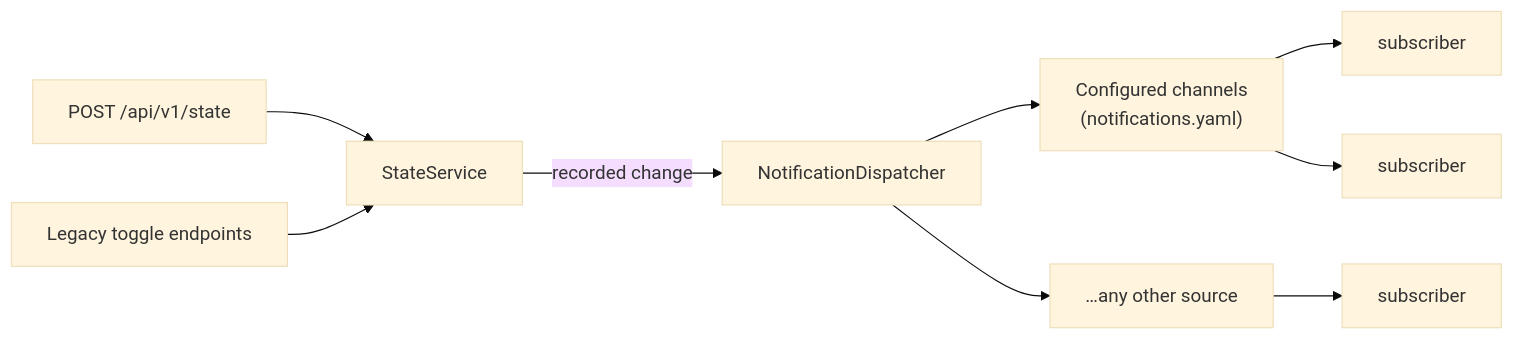
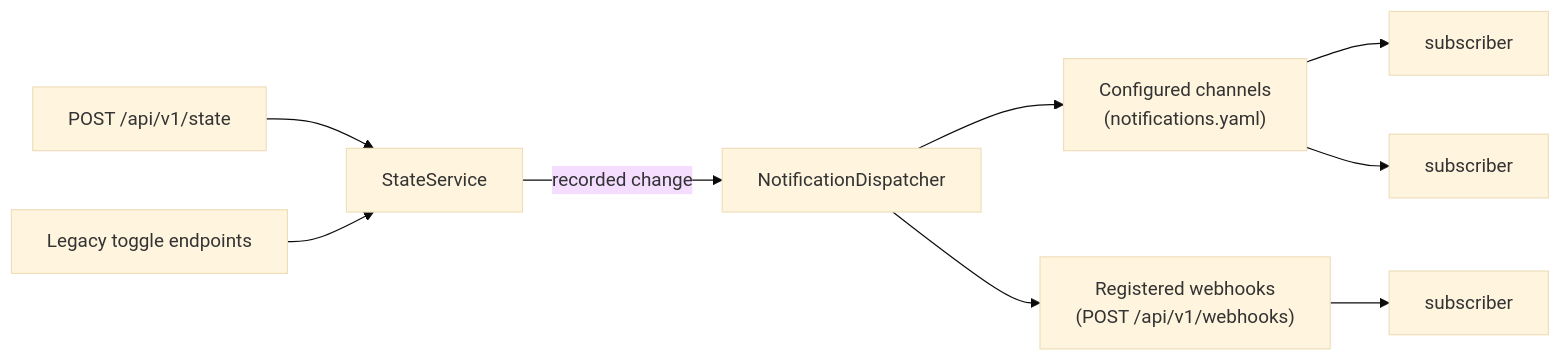
The diagram in docs/maintainers/notifications/index.md (pixelbar/spacestate), drawn with Mermaid (base theme) before and after one commit. The commit also changed other lines of this file and 4 other files, not shown here.

````diff
--- a/docs/maintainers/notifications/index.md
+++ b/docs/maintainers/notifications/index.md
@@ -17,11 +17,11 @@
 ```mermaid
 flowchart LR
   api["POST /api/v1/state"] --> state["StateService"]
   legacy["Legacy toggle endpoints"] --> state
   state -- "recorded change" --> dispatcher["NotificationDispatcher"]
   dispatcher --> configured["Configured channels<br/>(notifications.yaml)"]
-  dispatcher --> other["…any other source"]
+  dispatcher --> webhooks["Registered webhooks<br/>(POST /api/v1/webhooks)"]
   configured --> a["subscriber"]
   configured --> b["subscriber"]
-  other --> c["subscriber"]
+  webhooks --> c["subscriber"]
 ```
````
